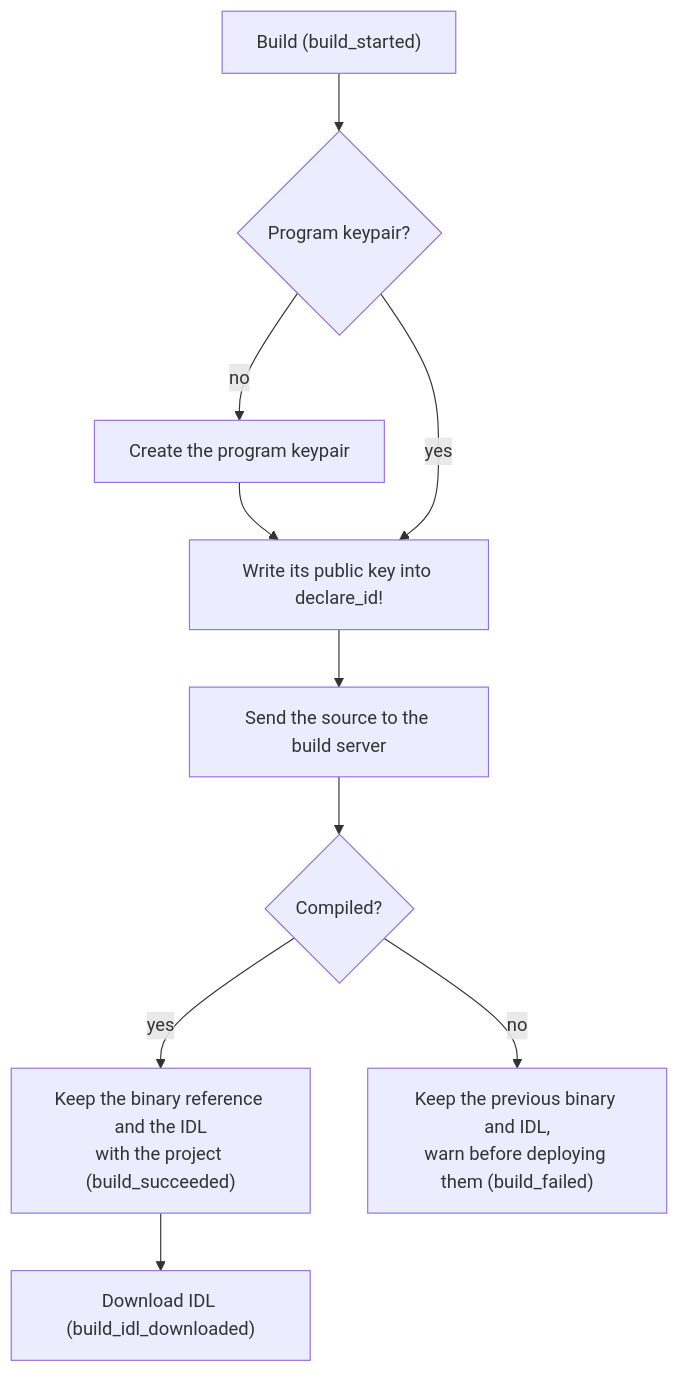
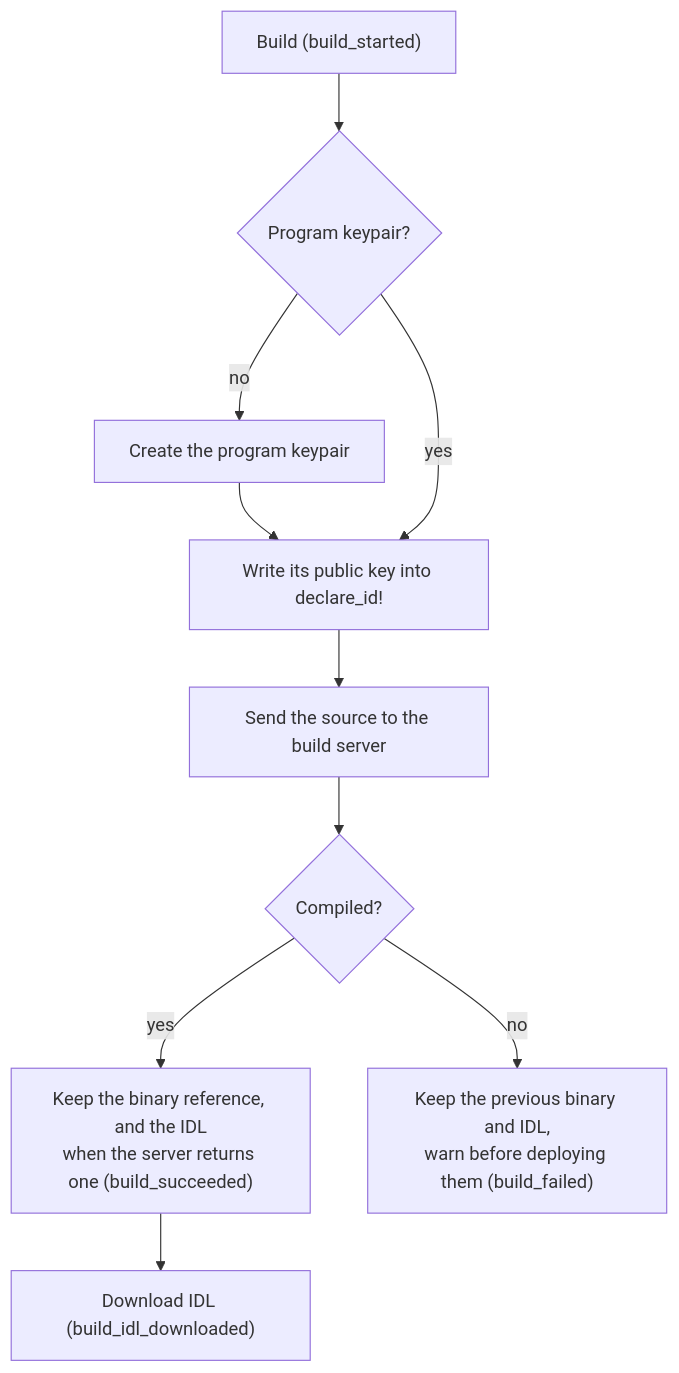
The diagram in openspec/changes/wbdi-flow/specs/client-v2-program-build/spec.md (solana-foundation/solana-playground), drawn with Mermaid before and after one commit. The commit also changed other lines of this file and 10 other files, not shown here.

````diff
--- a/openspec/changes/wbdi-flow/specs/client-v2-program-build/spec.md
+++ b/openspec/changes/wbdi-flow/specs/client-v2-program-build/spec.md
@@ -9,11 +9,11 @@
 ```mermaid
 flowchart TD
   start["Build (build_started)"] --> kp{"Program keypair?"}
   kp -- no --> mint["Create the program keypair"] --> declare
   kp -- yes --> declare["Write its public key into declare_id!"]
   declare --> server["Send the source to the build server"]
   server --> ok{"Compiled?"}
-  ok -- yes --> keep["Keep the binary reference and the IDL<br/>with the project (build_succeeded)"]
+  ok -- yes --> keep["Keep the binary reference, and the IDL<br/>when the server returns one (build_succeeded)"]
   ok -- no --> prev["Keep the previous binary and IDL,<br/>warn before deploying them (build_failed)"]
   keep --> dl["Download IDL (build_idl_downloaded)"]
 ```
````
